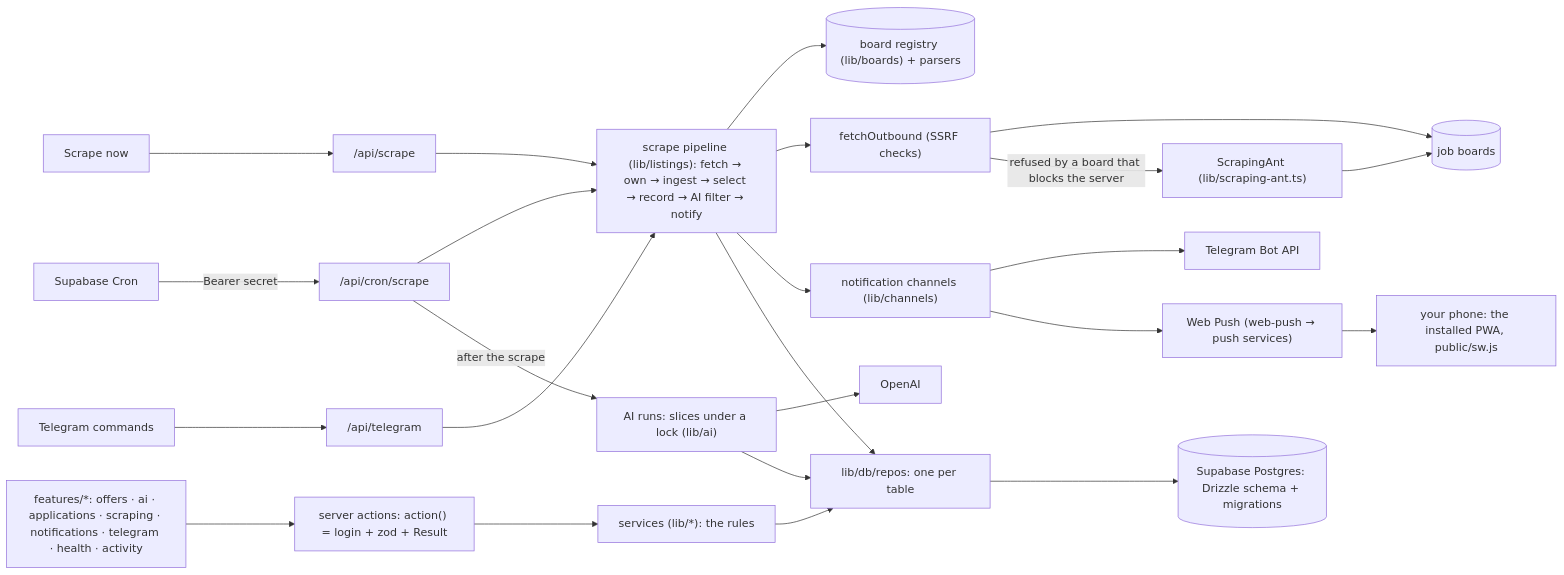
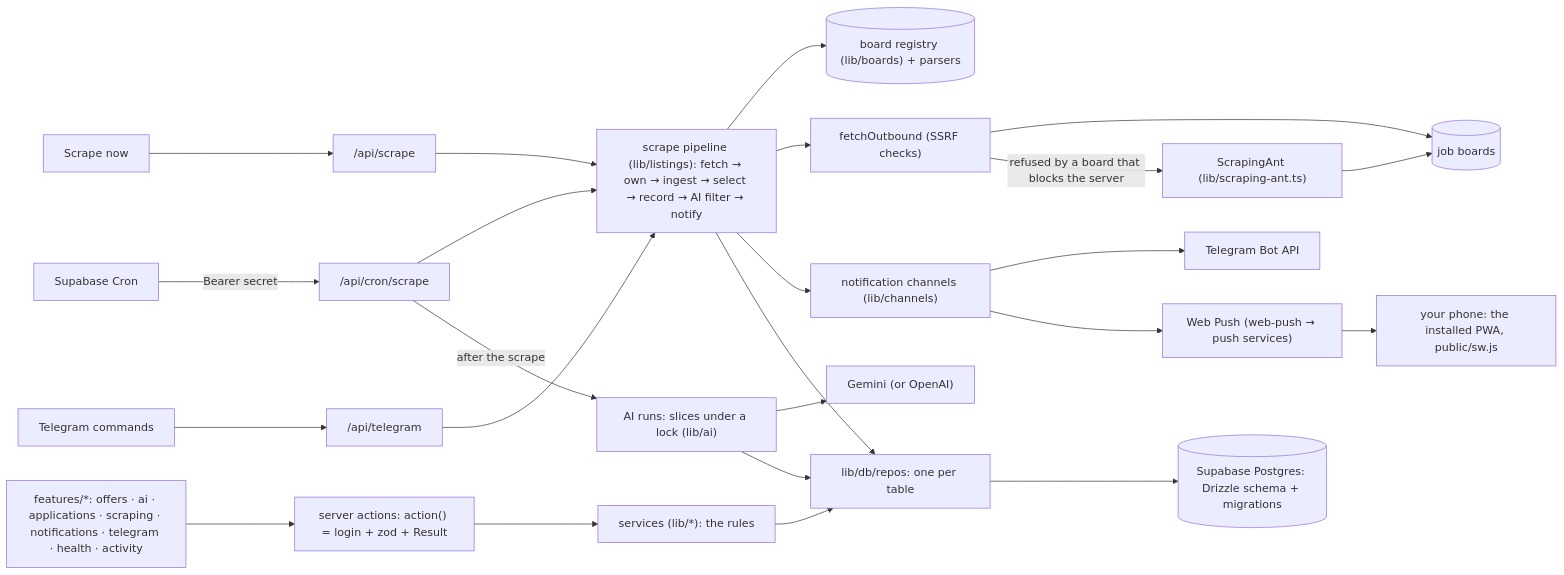
Before and after one commit to u-can-do-it/applied: the first of 4 diagrams in docs/ARCHITECTURE.md, drawn with Mermaid. The commit also changed other lines of this file and 28 other files, not shown here.

First line of the commit message:
AI: Gemini 3.8 Flash when GEMINI_API_KEY is set, OpenAI otherwise; assessments at medium effort, calls up to 150 s

````diff
--- a/docs/ARCHITECTURE.md
+++ b/docs/ARCHITECTURE.md
@@ -9,21 +9,21 @@
 ```mermaid
 flowchart LR
   Cron[Supabase Cron] -->|Bearer secret| CronApi["/api/cron/scrape"]
   Button["Scrape now"] --> ScrapeApi["/api/scrape"]
   Bot[Telegram commands] --> TgApi["/api/telegram"]
   CronApi --> Pipeline["scrape pipeline (lib/listings): fetch → own → ingest → select → record → AI filter → notify"]
   ScrapeApi --> Pipeline
   TgApi --> Pipeline
   Pipeline --> Boards[("board registry (lib/boards) + parsers")]
   Pipeline --> Outbound["fetchOutbound (SSRF checks)"] --> Sites[(job boards)]
   Outbound -->|refused by a board that blocks the server| Ant["ScrapingAnt (lib/scraping-ant.ts)"] --> Sites
   Pipeline --> Channels["notification channels (lib/channels)"]
   Channels --> Telegram[Telegram Bot API]
   Channels --> Push["Web Push (web-push → push services)"] --> Phone["your phone: the installed PWA, public/sw.js"]
   CronApi -->|after the scrape| AiRuns["AI runs: slices under a lock (lib/ai)"]
-  AiRuns --> OpenAI
+  AiRuns --> AI["Gemini (or OpenAI)"]
   UI["features/*: offers · ai · applications · scraping · notifications · telegram · health · activity"] --> Actions["server actions: action() = login + zod + Result"]
   Actions --> Services["services (lib/*): the rules"] --> Repos["lib/db/repos: one per table"] --> DB[("Supabase Postgres: Drizzle schema + migrations")]
   Pipeline --> Repos
   AiRuns --> Repos
 ```
````
